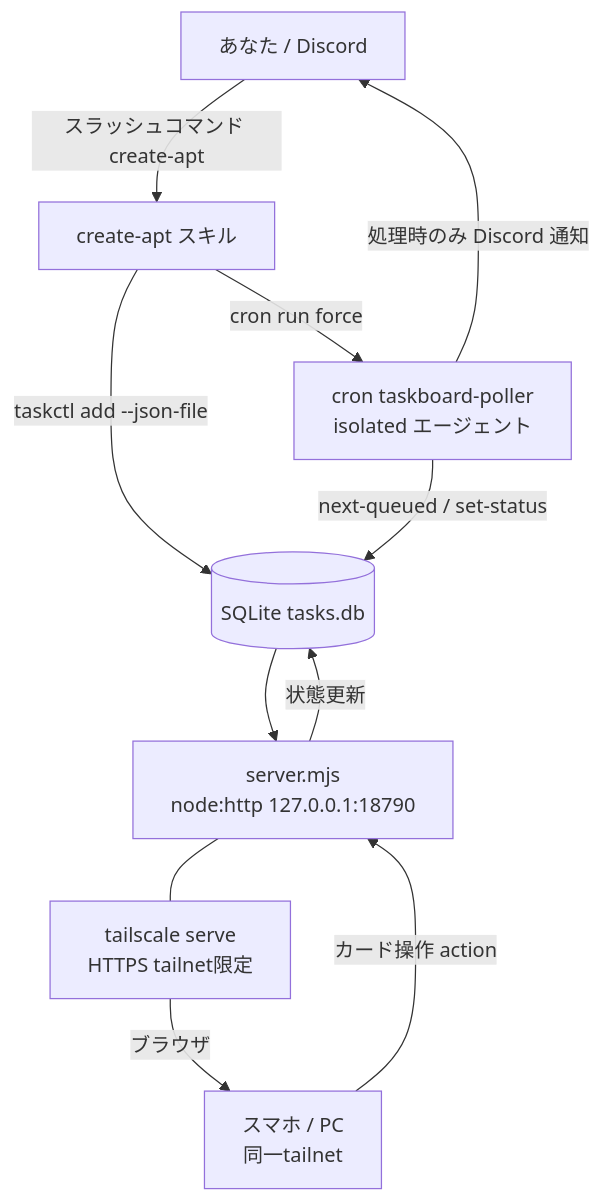
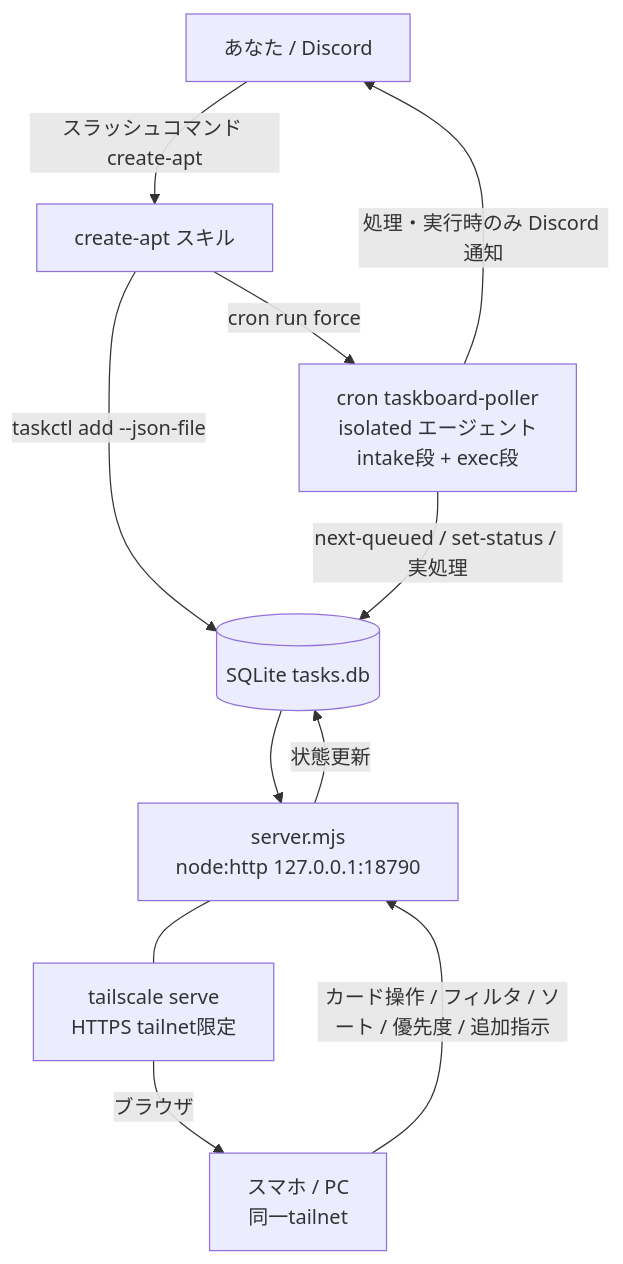
One commit to TakahitoSuzukiii/public-openclaw-01 changed the first of 2 diagrams in docs/openclaw/014_DONE_SETUP_task-board.md. Above: the diagram before and after it, drawn with Mermaid. The commit also changed other lines of this file, not shown here.

Commit message:
docs(openclaw): Task Board を Phase2 反映に更新（承認後実処理/stage/フィルタ/ソート/優先度編集/追加指示）

````diff
--- a/docs/openclaw/014_DONE_SETUP_task-board.md
+++ b/docs/openclaw/014_DONE_SETUP_task-board.md
@@ -20,13 +21,13 @@
 ```mermaid
 flowchart TD
     U["あなた / Discord"] -->|スラッシュコマンド create-apt| SKILL["create-apt スキル"]
     SKILL -->|taskctl add --json-file| DB[("SQLite tasks.db")]
-    SKILL -->|cron run force| POLL["cron taskboard-poller<br/>isolated エージェント"]
-    POLL -->|next-queued / set-status| DB
-    POLL -->|処理時のみ Discord 通知| U
+    SKILL -->|cron run force| POLL["cron taskboard-poller<br/>isolated エージェント<br/>intake段 + exec段"]
+    POLL -->|next-queued / set-status / 実処理| DB
+    POLL -->|処理・実行時のみ Discord 通知| U
     DB --> SRV["server.mjs<br/>node:http 127.0.0.1:18790"]
     SRV --- SERVE["tailscale serve<br/>HTTPS tailnet限定"]
     SERVE -->|ブラウザ| DEV["スマホ / PC<br/>同一tailnet"]
-    DEV -->|カード操作 action| SRV
+    DEV -->|カード操作 / フィルタ / ソート / 優先度 / 追加指示| SRV
     SRV -->|状態更新| DB
 ```
````
